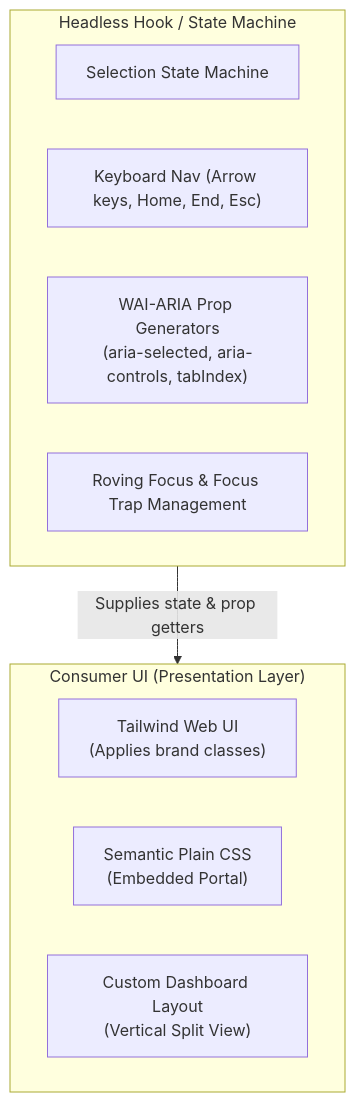
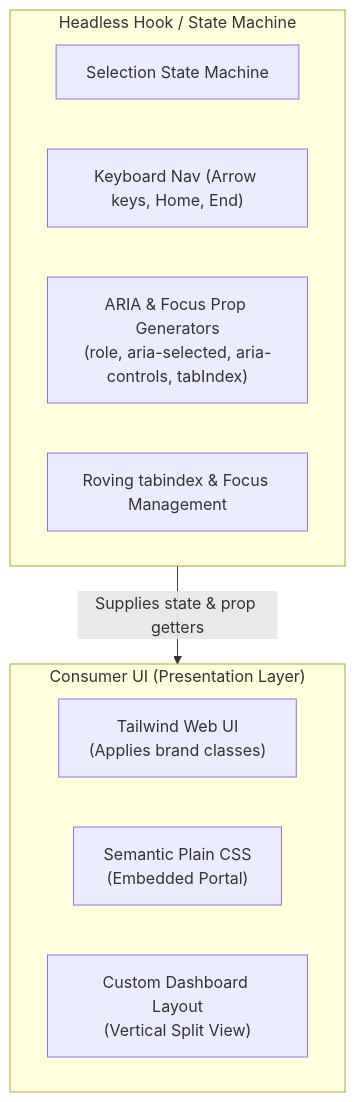
Before and after one commit to polla-fattah/frontend-book: the ninth of 14 diagrams in content/book/Chapter_06_Component_Driven_Architecture_and_Design_Patterns.md, drawn with Mermaid. The commit also changed other lines of this file, not shown here.

````diff
--- a/content/book/Chapter_06_Component_Driven_Architecture_and_Design_Patterns.md
+++ b/content/book/Chapter_06_Component_Driven_Architecture_and_Design_Patterns.md
@@ -441,17 +393,17 @@
 ```mermaid
 flowchart TD
     subgraph HeadlessCore["Headless Hook / State Machine"]
         StateEngine["Selection State Machine"]
-        KBHandler["Keyboard Nav (Arrow keys, Home, End, Esc)"]
-        ARIAMap["WAI-ARIA Prop Generators\n(aria-selected, aria-controls, tabIndex)"]
-        FocusEngine["Roving Focus & Focus Trap Management"]
+        KBHandler["Keyboard Nav (Arrow keys, Home, End)"]
+        ARIAMap["ARIA & Focus Prop Generators\n(role, aria-selected, aria-controls, tabIndex)"]
+        FocusEngine["Roving tabindex & Focus Management"]
     end
 
     subgraph ConsumerRender["Consumer UI (Presentation Layer)"]
         TailwindUI["Tailwind Web UI\n(Applies brand classes)"]
         NativeDOM["Semantic Plain CSS\n(Embedded Portal)"]
         CustomApp["Custom Dashboard Layout\n(Vertical Split View)"]
     end
 
     HeadlessCore -->|"Supplies state & prop getters"| ConsumerRender
 ```
````
